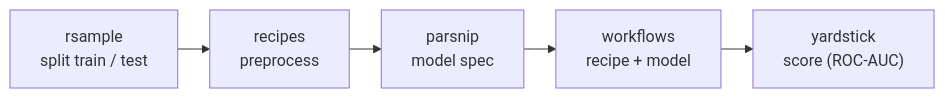
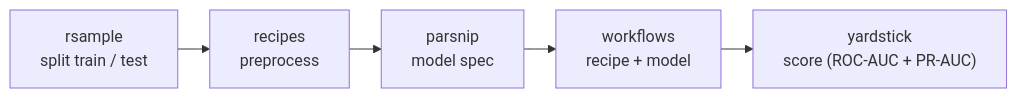
One commit to CorradoLanera/mlt-overview changed the first of 2 diagrams in workshops/mlt-r-basic/slides/00-basic-deck.qmd. Above: the diagram before and after it, drawn with Mermaid. The commit also changed other lines of this file and 37 other files, not shown here.

````diff
--- a/workshops/mlt-r-basic/slides/00-basic-deck.qmd
+++ b/workshops/mlt-r-basic/slides/00-basic-deck.qmd
@@ -112,8 +119,8 @@
 ```{mermaid}
 %%{init: {'flowchart': {'nodeSpacing': 24, 'rankSpacing': 32}}}%%
 flowchart LR
   RS["rsample<br/>split train / test"] --> RC["recipes<br/>preprocess"]
   RC --> PS["parsnip<br/>model spec"]
   PS --> WF["workflows<br/>recipe + model"]
-  WF --> YS["yardstick<br/>score (ROC-AUC)"]
+  WF --> YS["yardstick<br/>score (ROC-AUC + PR-AUC)"]
 ```
````
